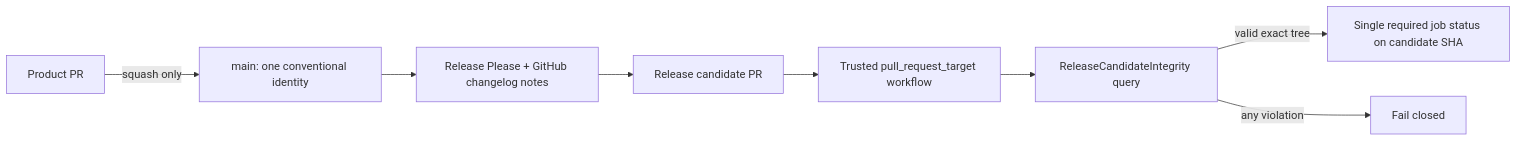
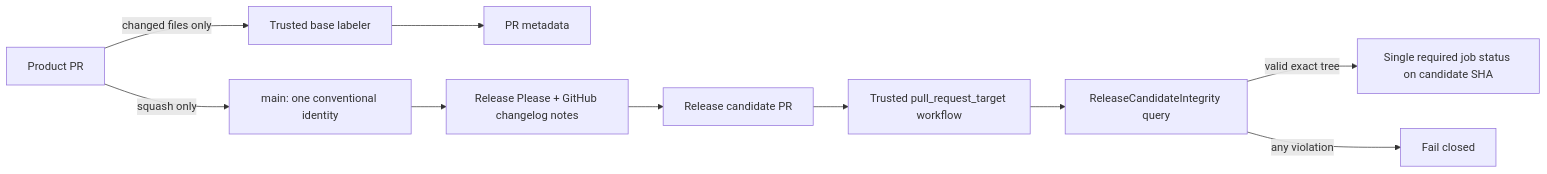
Before and after one commit to dunay2/dvt: the second of 4 diagrams in docs/architecture/components/ci-governance/ci-delivery-governance-component.md, drawn with Mermaid. The commit also changed other lines of this file and 7 other files, not shown here.

Commit message:
fix(ci): Isolate trusted PR metadata mutation

````diff
--- a/docs/architecture/components/ci-governance/ci-delivery-governance-component.md
+++ b/docs/architecture/components/ci-governance/ci-delivery-governance-component.md
@@ -94,10 +105,12 @@
 ```mermaid
 flowchart LR
   ProductPR[Product PR] -->|squash only| Main[main: one conventional identity]
+  ProductPR -->|changed files only| TrustedLabeler[Trusted base labeler]
+  TrustedLabeler --> Labels[PR metadata]
   Main --> ReleasePlease[Release Please + GitHub changelog notes]
   ReleasePlease --> Candidate[Release candidate PR]
   Candidate --> TrustedWorkflow[Trusted pull_request_target workflow]
   TrustedWorkflow --> Integrity[ReleaseCandidateIntegrity query]
   Integrity -->|valid exact tree| Check[Single required job status on candidate SHA]
   Integrity -->|any violation| Block[Fail closed]
 ```
````
